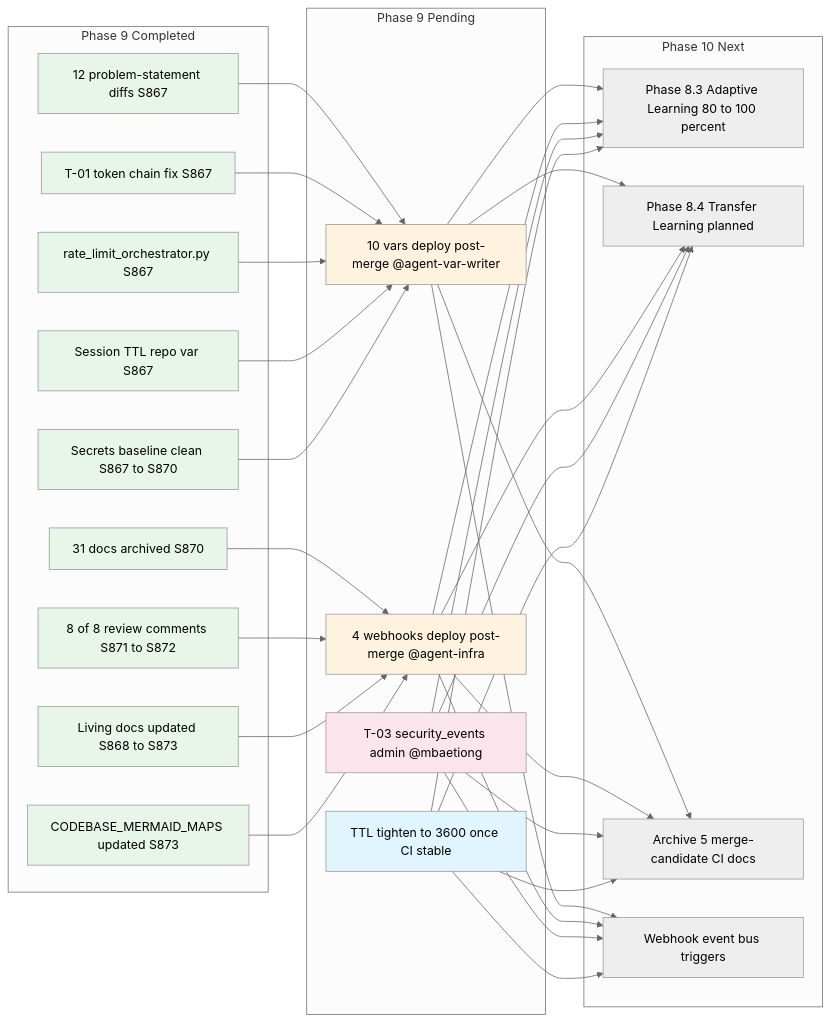
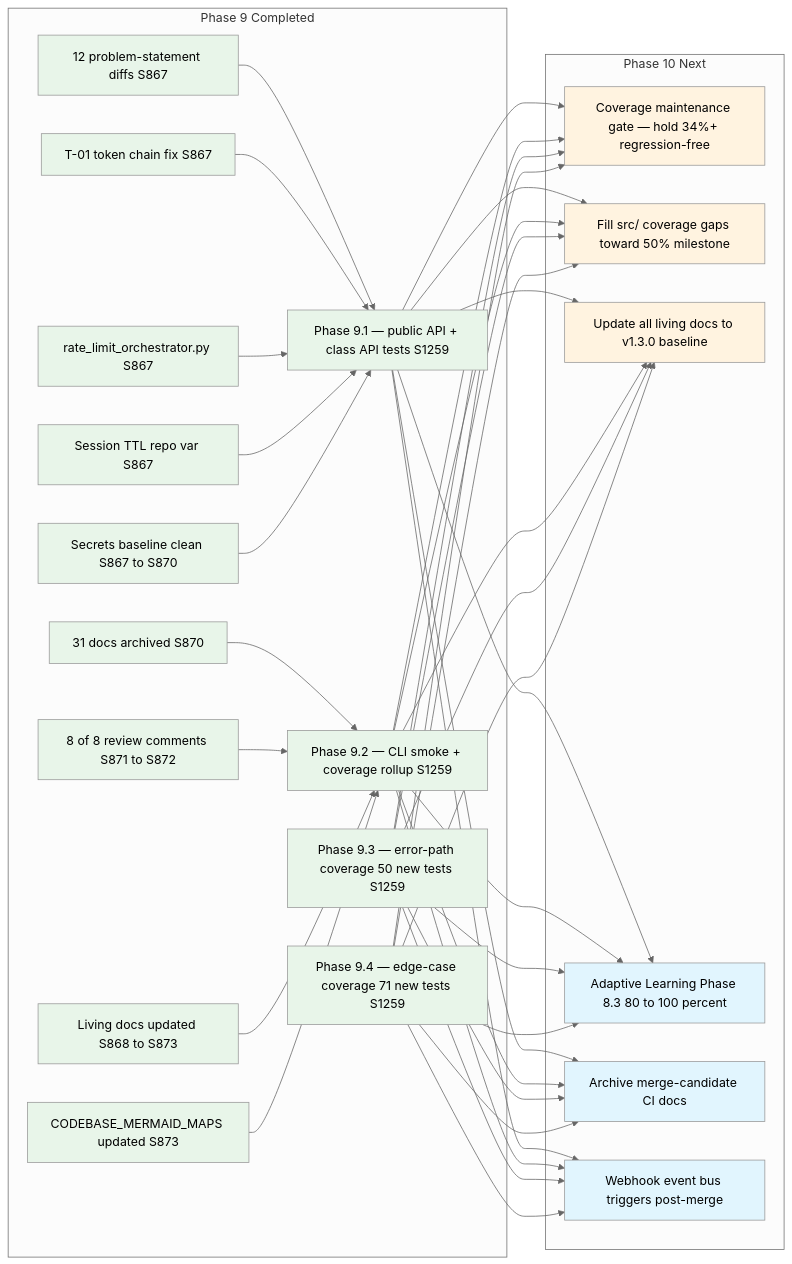
One commit to Aries-Serpent/_codex_ changed diagram 16 of 17 in docs/CODEBASE_MERMAID_MAPS.md. Above: the diagram before and after it, drawn with Mermaid (neutral theme). The commit also changed other lines of this file and 1 other file, not shown here.

Commit message:
docs: Phase 10 plan + codebase mapping aligned to Phase 9.4 exit state (v1.3.0)

````diff
--- a/docs/CODEBASE_MERMAID_MAPS.md
+++ b/docs/CODEBASE_MERMAID_MAPS.md
@@ -642,46 +643,51 @@
 ```mermaid
 graph LR
     subgraph "Phase 9 Completed"
         P9A[12 problem-statement diffs S867]
         P9B[T-01 token chain fix S867]
         P9C[rate_limit_orchestrator.py S867]
         P9D[Session TTL repo var S867]
         P9E[Secrets baseline clean S867 to S870]
         P9F[31 docs archived S870]
         P9G[8 of 8 review comments S871 to S872]
         P9H[Living docs updated S868 to S873]
         P9I[CODEBASE_MERMAID_MAPS updated S873]
-    end
-
-    subgraph "Phase 9 Pending"
-        P9J[10 vars deploy post-merge @agent-var-writer]
-        P9K[4 webhooks deploy post-merge @agent-infra]
-        P9L[T-03 security_events admin @mbaetiong]
-        P9M[TTL tighten to 3600 once CI stable]
+        P9J[Phase 9.1 — public API + class API tests S1259]
+        P9K[Phase 9.2 — CLI smoke + coverage rollup S1259]
+        P9L[Phase 9.3 — error-path coverage 50 new tests S1259]
+        P9M[Phase 9.4 — edge-case coverage 71 new tests S1259]
     end
 
     subgraph "Phase 10 Next"
-        P10A[Phase 8.3 Adaptive Learning 80 to 100 percent]
-        P10B[Phase 8.4 Transfer Learning planned]
-        P10C[Archive 5 merge-candidate CI docs]
-        P10D[Webhook event bus triggers]
+        P10A[Coverage maintenance gate — hold 34%+ regression-free]
+        P10B[Fill src/ coverage gaps toward 50% milestone]
+        P10C[Update all living docs to v1.3.0 baseline]
+        P10D[Adaptive Learning Phase 8.3 80 to 100 percent]
+        P10E[Archive merge-candidate CI docs]
+        P10F[Webhook event bus triggers post-merge]
     end
 
     P9A & P9B & P9C & P9D & P9E --> P9J
     P9F & P9G & P9H & P9I --> P9K
-    P9J & P9K & P9L & P9M --> P10A & P10B & P10C & P10D
+    P9J & P9K & P9L & P9M --> P10A & P10B & P10C & P10D & P10E & P10F
 
     style P9A fill:#e8f5e9,color:#000
     style P9B fill:#e8f5e9,color:#000
     style P9C fill:#e8f5e9,color:#000
     style P9D fill:#e8f5e9,color:#000
     style P9E fill:#e8f5e9,color:#000
     style P9F fill:#e8f5e9,color:#000
     style P9G fill:#e8f5e9,color:#000
     style P9H fill:#e8f5e9,color:#000
     style P9I fill:#e8f5e9,color:#000
-    style P9J fill:#fff3e0,color:#000
-    style P9K fill:#fff3e0,color:#000
-    style P9L fill:#fce4ec,color:#000
-    style P9M fill:#e1f5fe,color:#000
+    style P9J fill:#e8f5e9,color:#000
+    style P9K fill:#e8f5e9,color:#000
+    style P9L fill:#e8f5e9,color:#000
+    style P9M fill:#e8f5e9,color:#000
+    style P10A fill:#fff3e0,color:#000
+    style P10B fill:#fff3e0,color:#000
+    style P10C fill:#fff3e0,color:#000
+    style P10D fill:#e1f5fe,color:#000
+    style P10E fill:#e1f5fe,color:#000
+    style P10F fill:#e1f5fe,color:#000
 ```
````
